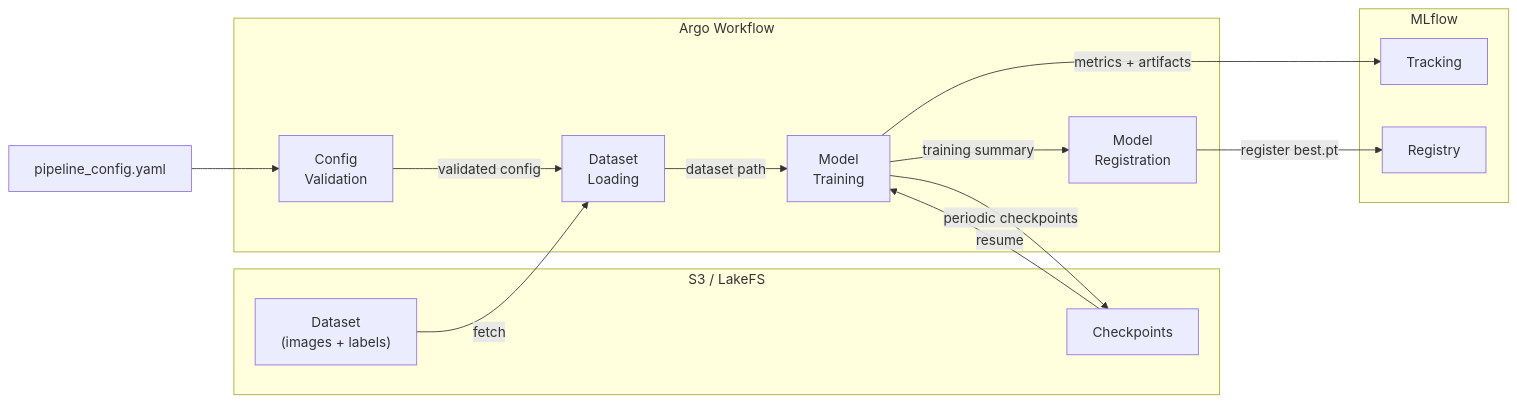
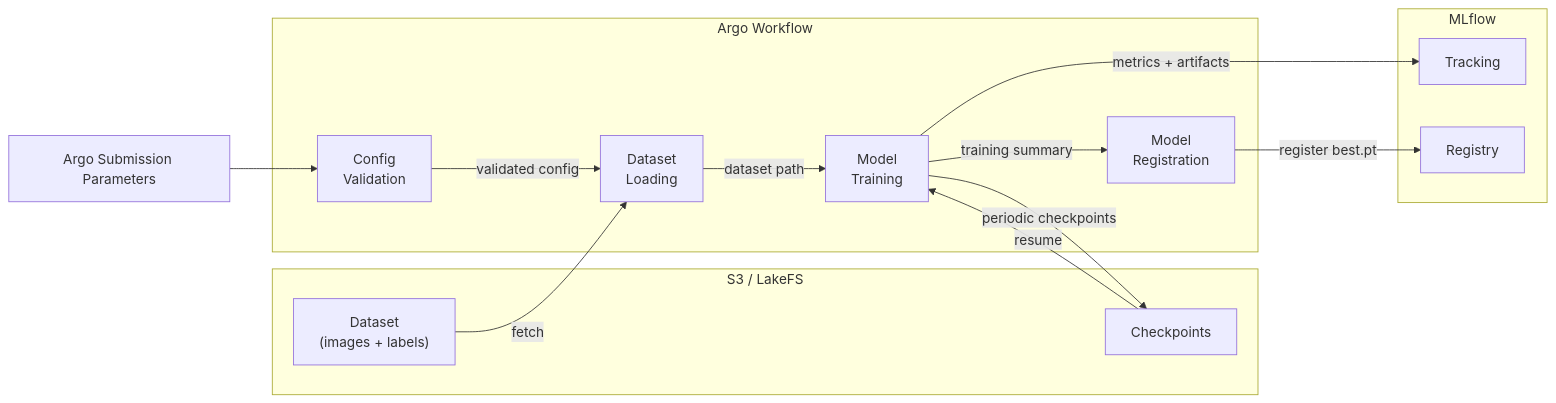
One commit to novelcore/kubeline-yolo-mlops changed the second of 2 diagrams in .docs/reference/architecture.md. Above: the diagram before and after it, drawn with Mermaid. The commit also changed other lines of this file and 10 other files, not shown here.

First line of the commit message:
docs: fix stale pipeline_config.yaml refs, field names, and inconsistencies

````diff
--- a/.docs/reference/architecture.md
+++ b/.docs/reference/architecture.md
@@ -49,29 +49,29 @@
 ```mermaid
 flowchart LR
     subgraph Storage["S3 / LakeFS"]
         DS["Dataset\n(images + labels)"]
         CK["Checkpoints"]
     end
 
     subgraph Pipeline["Argo Workflow"]
         S1["Config\nValidation"]
         S2["Dataset\nLoading"]
         S3["Model\nTraining"]
         S4["Model\nRegistration"]
         S1 -->|validated config| S2
         S2 -->|dataset path| S3
         S3 -->|training summary| S4
     end
 
     subgraph MLflow["MLflow"]
         Track["Tracking"]
         Reg["Registry"]
     end
 
-    YAML["pipeline_config.yaml"] --> S1
+    Params["Argo Submission Parameters"] --> S1
     DS -->|fetch| S2
     S3 -->|periodic checkpoints| CK
     CK -->|resume| S3
     S3 -->|metrics + artifacts| Track
     S4 -->|register best.pt| Reg
 ```
````
